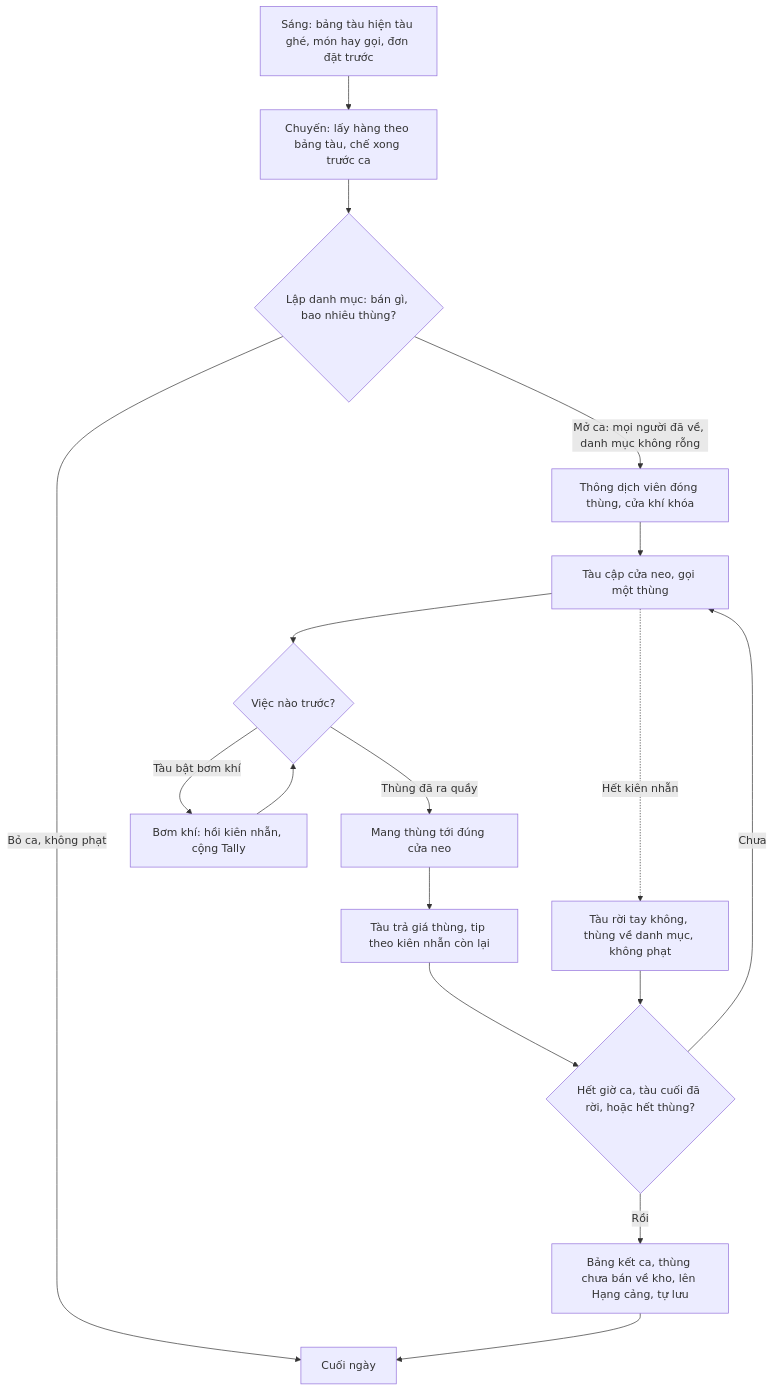
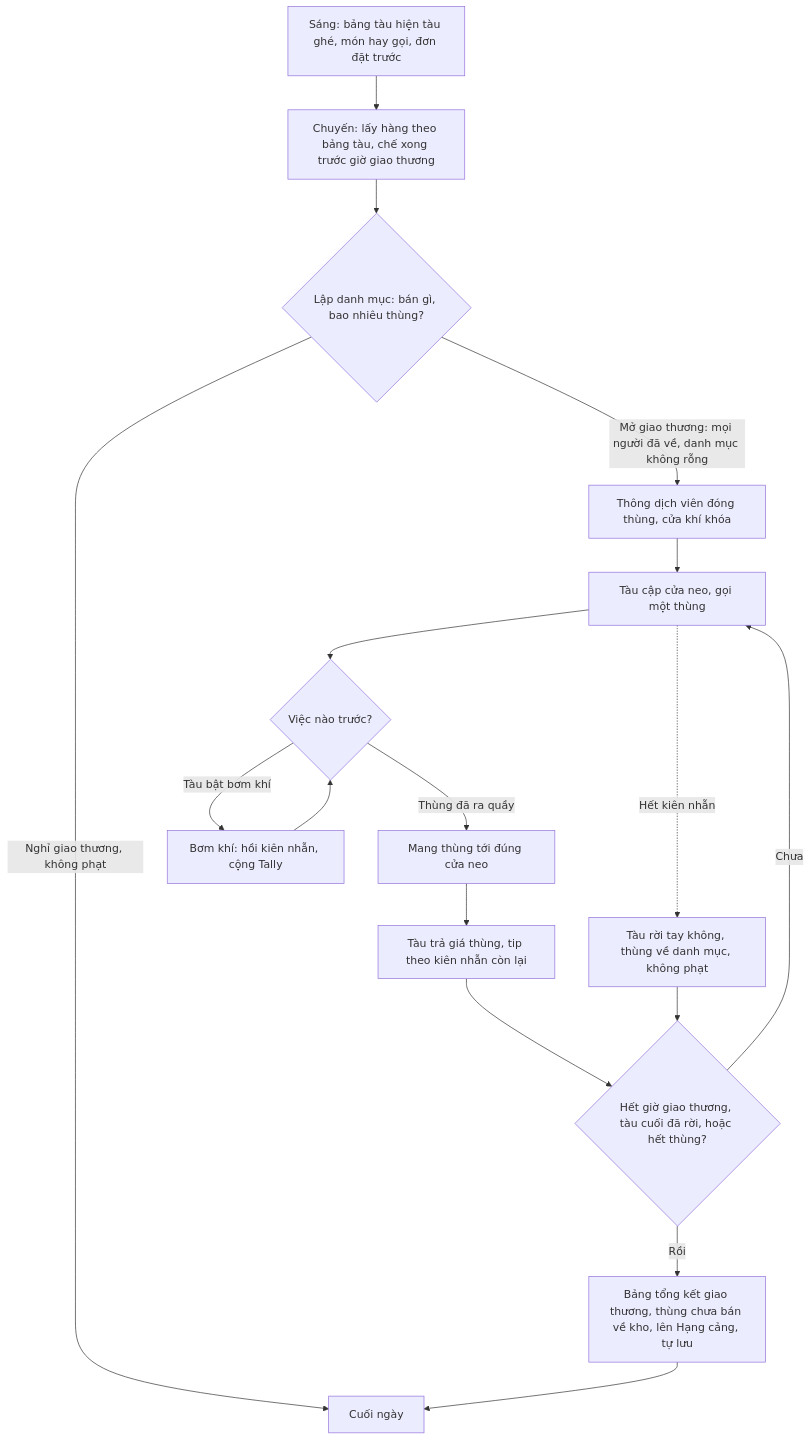
The third of 4 diagrams in projects/game-moi/book/phan-2/01-mot-ngay.md (huycv18/DATN-SP27), drawn with Mermaid before and after one commit. The commit also changed other lines of this file and 81 other files, not shown here.

Commit message:
Đổi tên ca cảng thành Giờ Giao Thương (Trade Hour): GDD, Book, TSV 25 tab, strings, sim, tool, prompt agent. Đếm là lượt giao thương, nút Mở bán, Nghỉ bán, màn Tổng kết giao thương. Luật và số giữ nguyên, sim kinh tế chạy lại không đổi số

````diff
--- a/projects/game-moi/book/phan-2/01-mot-ngay.md
+++ b/projects/game-moi/book/phan-2/01-mot-ngay.md
@@ -105,19 +105,19 @@
 ```mermaid
 flowchart TD
-  A["Sáng: bảng tàu hiện tàu ghé, món hay gọi, đơn đặt trước"] --> B["Chuyến: lấy hàng theo bảng tàu, chế xong trước ca"]
+  A["Sáng: bảng tàu hiện tàu ghé, món hay gọi, đơn đặt trước"] --> B["Chuyến: lấy hàng theo bảng tàu, chế xong trước giờ giao thương"]
   B --> C{"Lập danh mục: bán gì, bao nhiêu thùng?"}
-  C -->|"Bỏ ca, không phạt"| L["Cuối ngày"]
-  C -->|"Mở ca: mọi người đã về, danh mục không rỗng"| D["Thông dịch viên đóng thùng, cửa khí khóa"]
+  C -->|"Nghỉ giao thương, không phạt"| L["Cuối ngày"]
+  C -->|"Mở giao thương: mọi người đã về, danh mục không rỗng"| D["Thông dịch viên đóng thùng, cửa khí khóa"]
   D --> E["Tàu cập cửa neo, gọi một thùng"]
   E --> F{"Việc nào trước?"}
   F -->|"Thùng đã ra quầy"| G["Mang thùng tới đúng cửa neo"]
   F -->|"Tàu bật bơm khí"| H["Bơm khí: hồi kiên nhẫn, cộng Tally"]
   H --> F
   G --> I["Tàu trả giá thùng, tip theo kiên nhẫn còn lại"]
   E -.->|"Hết kiên nhẫn"| J["Tàu rời tay không, thùng về danh mục, không phạt"]
-  I --> K{"Hết giờ ca, tàu cuối đã rời, hoặc hết thùng?"}
+  I --> K{"Hết giờ giao thương, tàu cuối đã rời, hoặc hết thùng?"}
   J --> K
   K -->|"Chưa"| E
-  K -->|"Rồi"| M["Bảng kết ca, thùng chưa bán về kho, lên Hạng cảng, tự lưu"]
+  K -->|"Rồi"| M["Bảng tổng kết giao thương, thùng chưa bán về kho, lên Hạng cảng, tự lưu"]
   M --> L
 ```
````
